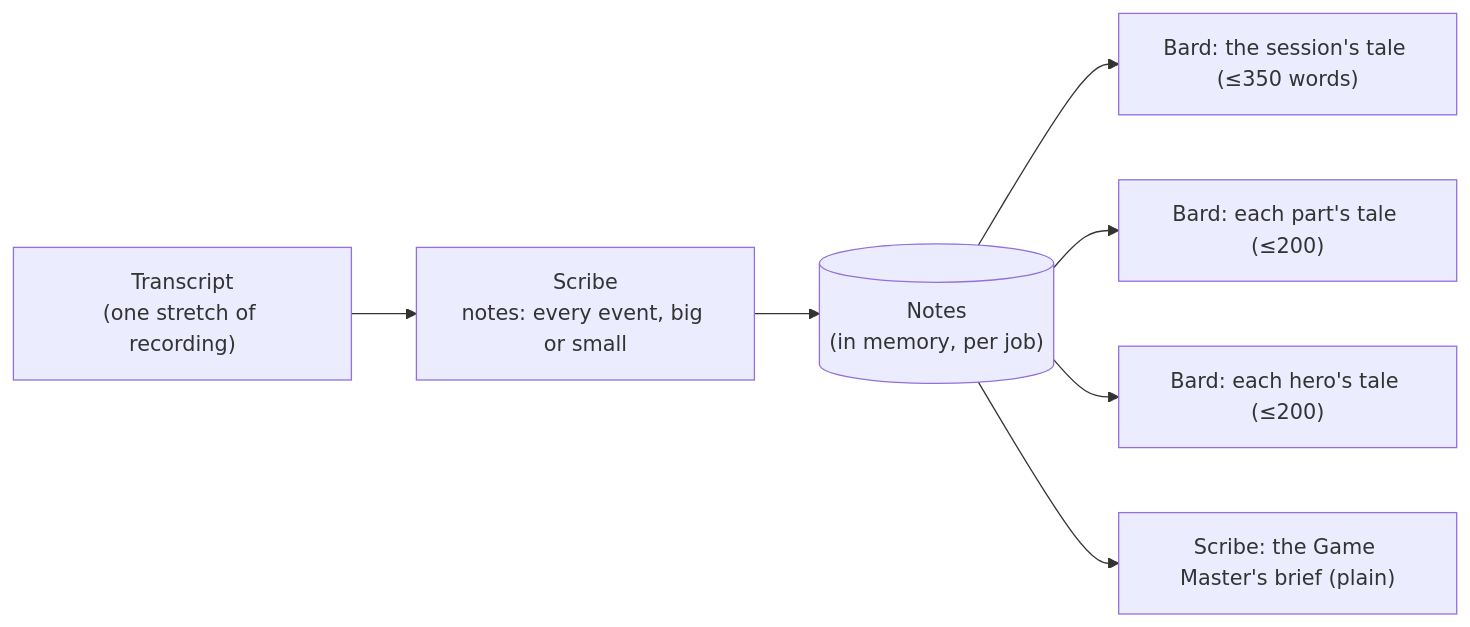
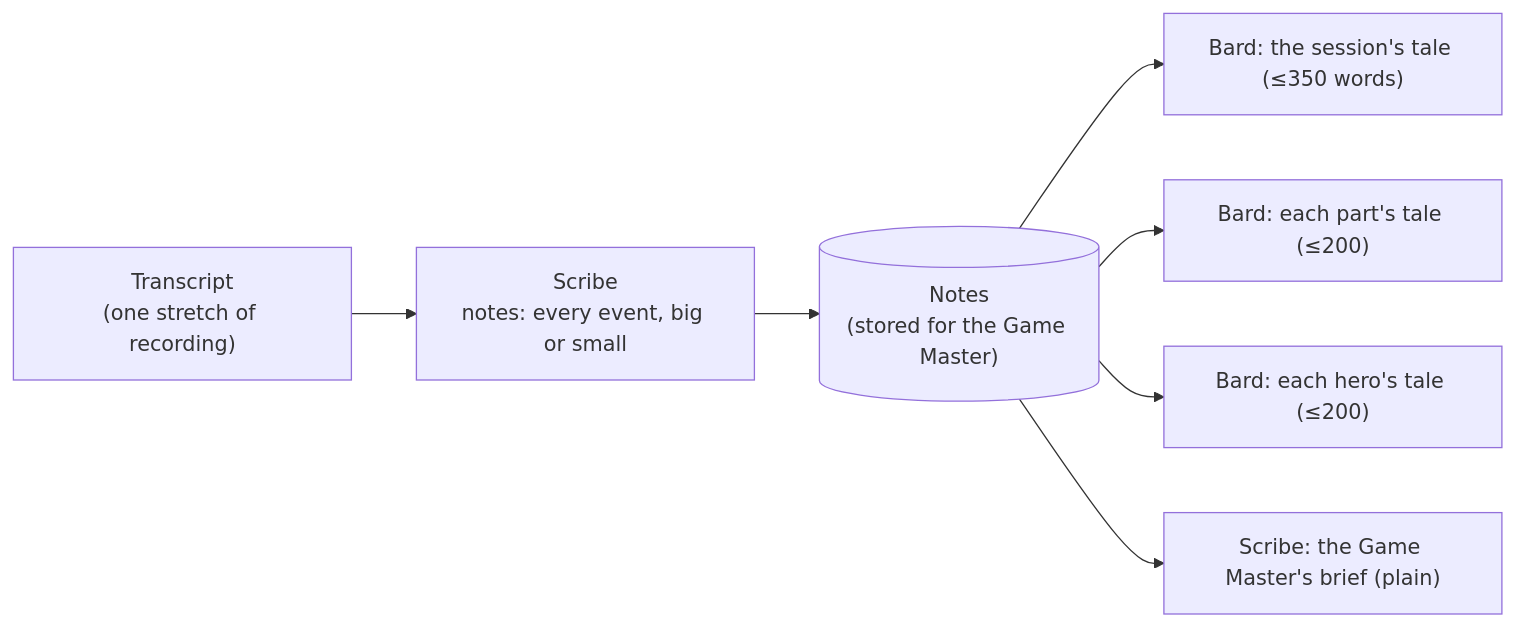
The second of 2 diagrams in docs/architecture/RECORDING-AND-SUMMARIES.md (AndyProsser/vtt-chat-app), drawn with Mermaid before and after one commit. The commit also changed other lines of this file and 31 other files, not shown here.

````diff
--- a/docs/architecture/RECORDING-AND-SUMMARIES.md
+++ b/docs/architecture/RECORDING-AND-SUMMARIES.md
@@ -423,9 +437,9 @@
 ```mermaid
 flowchart LR
     T["Transcript\n(one stretch of recording)"] --> S["Scribe\nnotes: every event, big or small"]
-    S --> N[("Notes\n(in memory, per job)")]
+    S --> N[("Notes\n(stored for the Game Master)")]
     N --> B1["Bard: the session's tale (≤350 words)"]
     N --> B2["Bard: each part's tale (≤200)"]
     N --> B3["Bard: each hero's tale (≤200)"]
     N --> G["Scribe: the Game Master's brief (plain)"]
 ```
````
